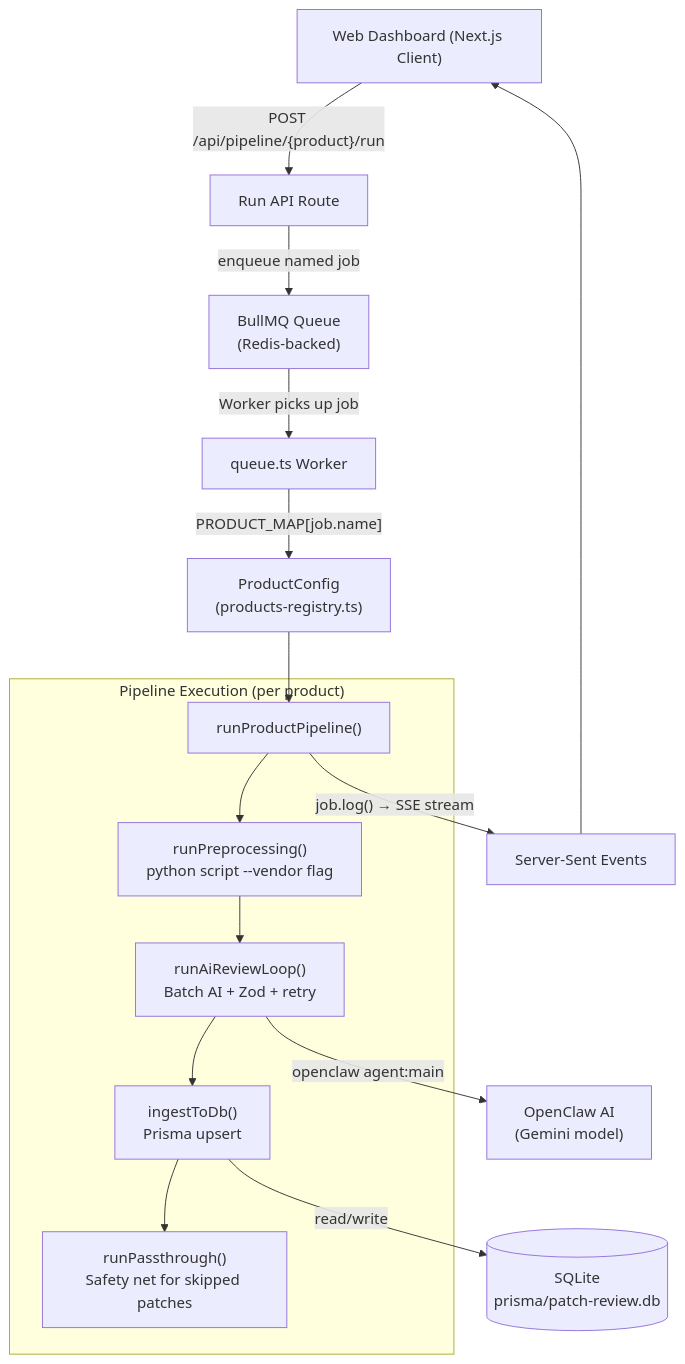
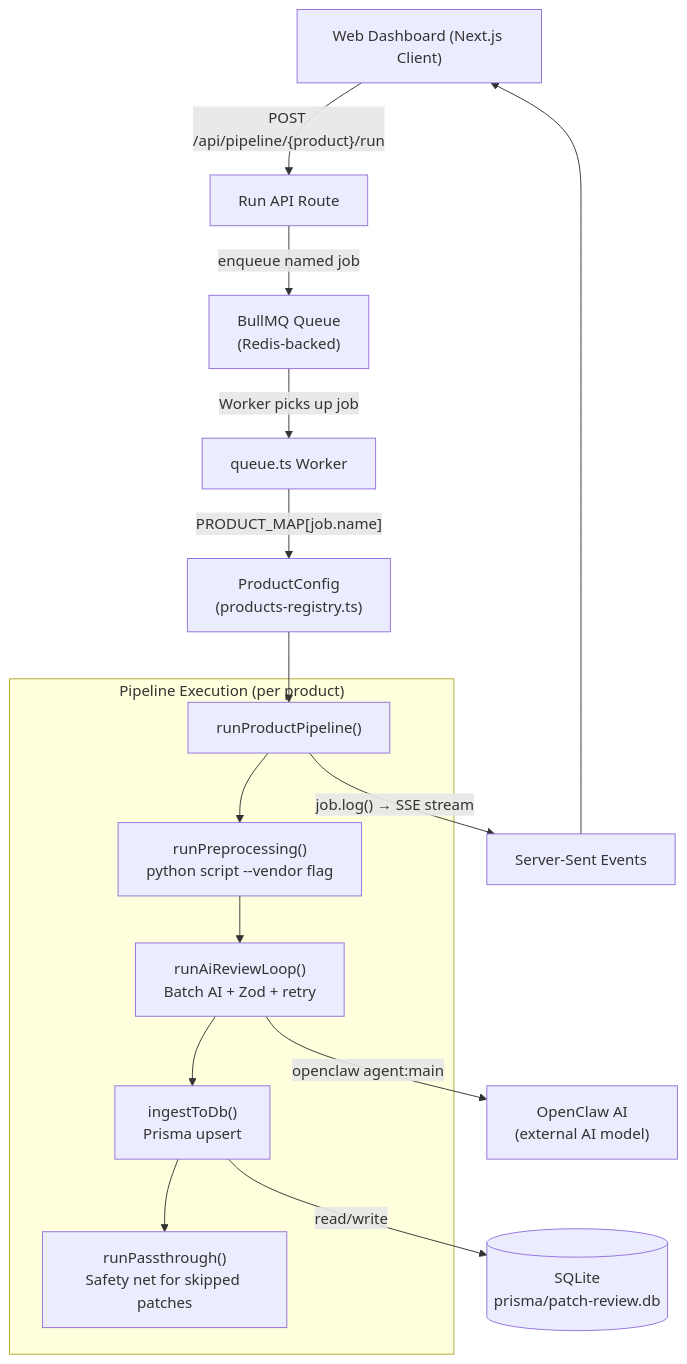
Before and after one commit to pjhwa/patch-review-dashboard-v2: the diagram in docs/architecture.md, drawn with Mermaid. The commit also changed 8 other files, not shown here.

````diff
--- a/docs/architecture.md
+++ b/docs/architecture.md
@@ -15,22 +15,22 @@
 ```mermaid
 graph TD
     UI["Web Dashboard (Next.js Client)"]
     UI -- "POST /api/pipeline/{product}/run" --> RUN["Run API Route"]
     RUN -- "enqueue named job" --> QUEUE["BullMQ Queue\n(Redis-backed)"]
     QUEUE -- "Worker picks up job" --> WORKER["queue.ts Worker"]
 
     WORKER -- "PRODUCT_MAP[job.name]" --> REG["ProductConfig\n(products-registry.ts)"]
     REG --> PIPE["runProductPipeline()"]
 
     subgraph "Pipeline Execution (per product)"
         PIPE --> PRE["runPreprocessing()\npython script --vendor flag"]
         PRE --> AI_LOOP["runAiReviewLoop()\nBatch AI + Zod + retry"]
         AI_LOOP --> INGEST["ingestToDb()\nPrisma upsert"]
         INGEST --> PT["runPassthrough()\nSafety net for skipped patches"]
     end
 
     PIPE -- "job.log() → SSE stream" --> SSE["Server-Sent Events"]
     SSE --> UI
     INGEST -- "read/write" --> DB[("SQLite\nprisma/patch-review.db")]
-    AI_LOOP -- "openclaw agent:main" --> OPENCLAW["OpenClaw AI\n(Gemini model)"]
+    AI_LOOP -- "openclaw agent:main" --> OPENCLAW["OpenClaw AI\n(external AI model)"]
 ```
````
